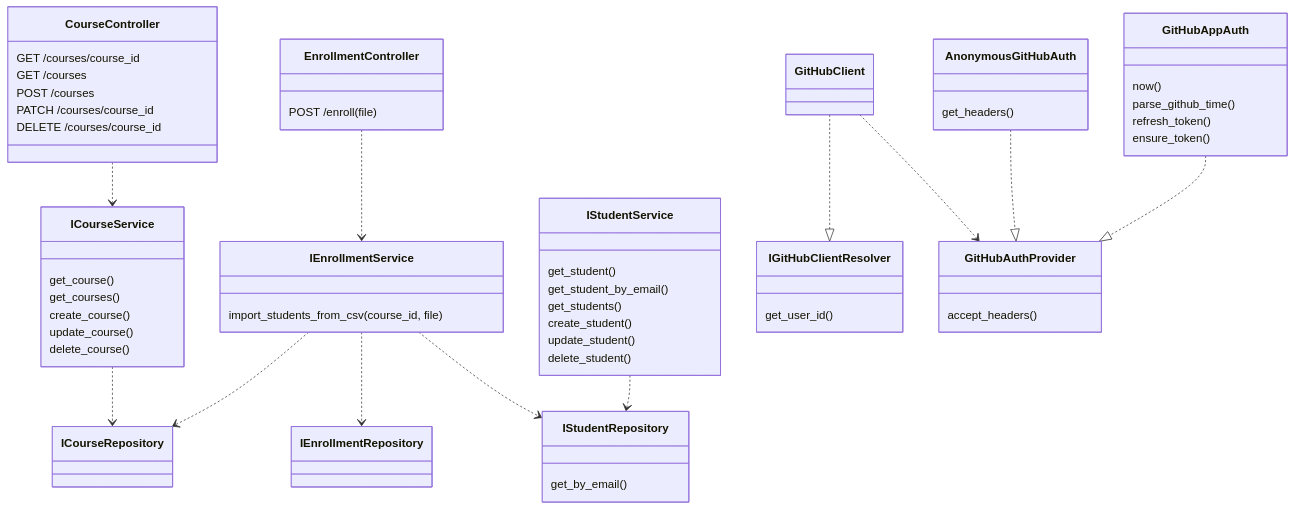
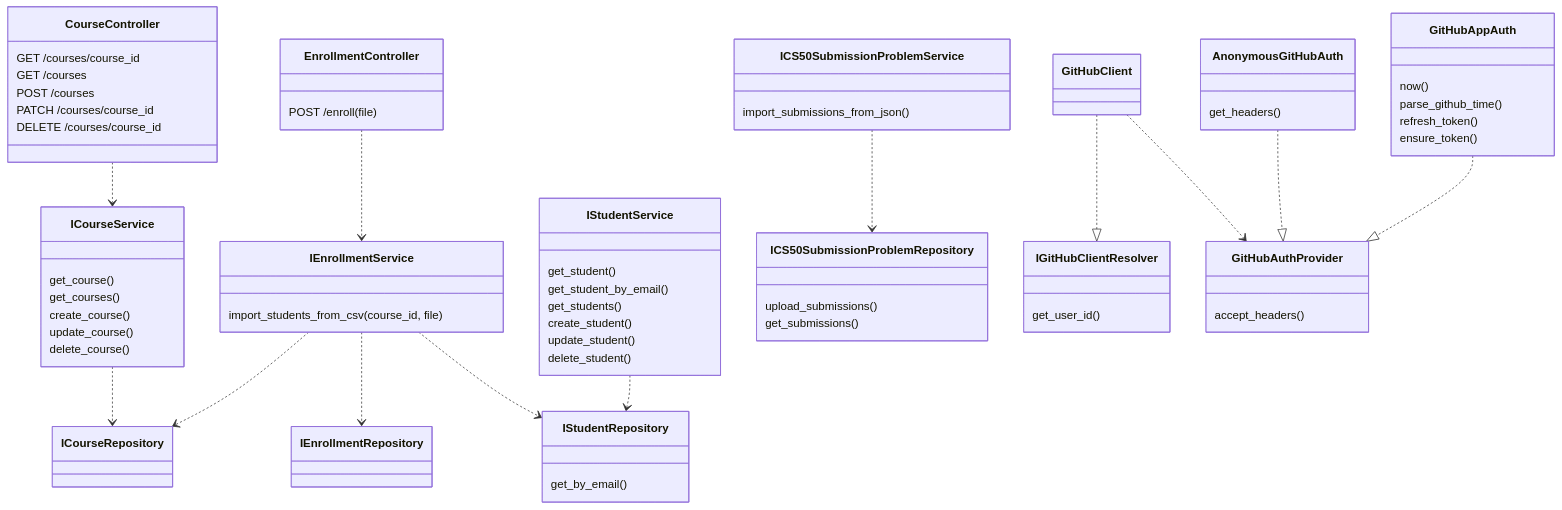
Before and after one commit to LeoKle/cs50-moodle-bridge: the diagram in docs/application.mmd, drawn with Mermaid.

Commit message:
docs: add ICS50SubmissionProblem + Service & Repository

```diff
--- a/docs/application.mmd
+++ b/docs/application.mmd
@@ -1,101 +1,111 @@
 classDiagram
     class CourseController {
         GET /courses/course_id
         GET /courses
         POST /courses
         PATCH /courses/course_id
         DELETE /courses/course_id
     }
     class ICourseService {
         get_course()
         get_courses()
         create_course()
         update_course()
         delete_course()
     }
     class ICourseRepository {
         %% create()
         %% get()
         %% get_all()
         %% update()
         %% delete()
     }
     CourseController ..> ICourseService
     ICourseService ..> ICourseRepository
 
     
     class EnrollmentController {
         POST /enroll(file)
     }
     EnrollmentController ..> IEnrollmentService
     class IEnrollmentService {
         import_students_from_csv(course_id, file)
     }
     class IEnrollmentRepository {
         %% create()
         %% get()
         %% get_all()
         %% update()
         %% delete()
     }
     IEnrollmentService ..> IEnrollmentRepository
     IEnrollmentService ..> IStudentRepository
     IEnrollmentService ..> ICourseRepository
 
     %% class StudentController
     %% StudentController ..> IStudentService
     class IStudentService {
         get_student()
         get_student_by_email()
         get_students()
         create_student()
         update_student()
         delete_student()
     }
     class IStudentRepository {
         %% create()
         %% get()
         get_by_email()
         %% get_all()
         %% update()
         %% delete()
     }
     IStudentService ..> IStudentRepository
 
+    class ICS50SubmissionProblemRepository {
+        upload_submissions()
+        get_submissions()
+    }
+
+    class ICS50SubmissionProblemService {
+        import_submissions_from_json()
+    }
+    ICS50SubmissionProblemService ..> ICS50SubmissionProblemRepository
+
     class IGitHubClientResolver {
         get_user_id()
     }
 
     class GitHubClient {
         %% get_user_id()
     }
     GitHubClient ..|> IGitHubClientResolver
     GitHubClient ..> GitHubAuthProvider
 
     class GitHubAuthProvider {
         accept_headers()
         %% get_headers()
     }
     class AnonymousGitHubAuth {
         get_headers()
     }
     AnonymousGitHubAuth ..|> GitHubAuthProvider
     class GitHubAppAuth {
         now()
         parse_github_time()
         refresh_token()
         ensure_token()
         %% get_headers()
     }
     GitHubAppAuth ..|> GitHubAuthProvider
 
     %% class IRepository {
     %%     create()
     %%     get()
     %%     get_all()
     %%     update()
     %%     delete()
     %% }
     %% IRepository <|.. ICourseRepository
     %% IRepository <|.. IEnrollmentRepository
     %% IRepository <|.. IStudentRepository
```
